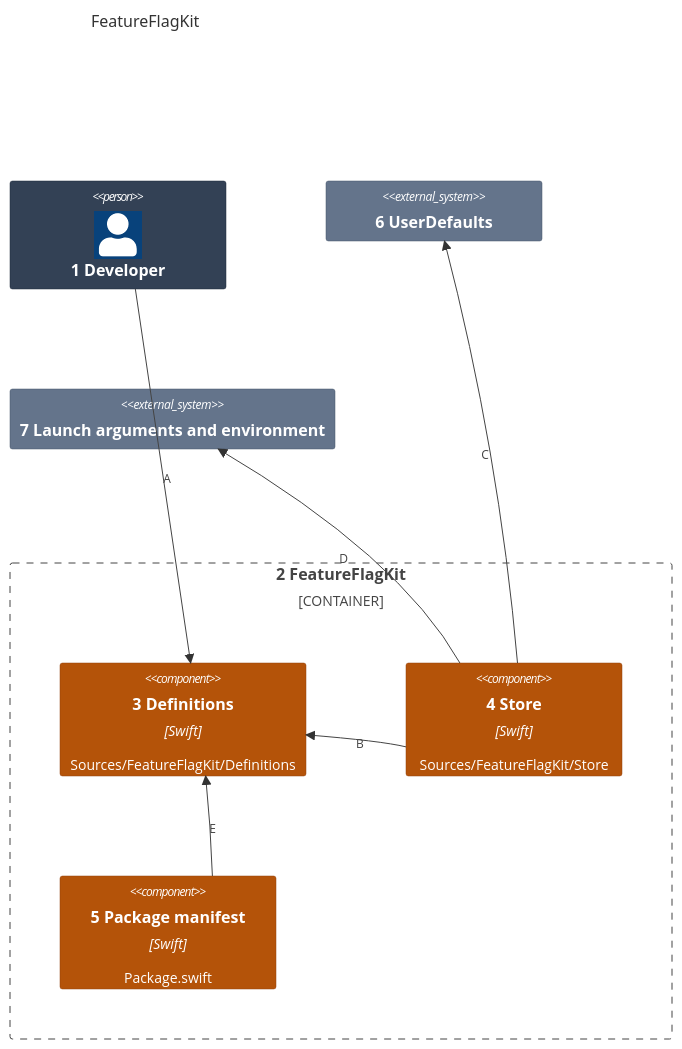
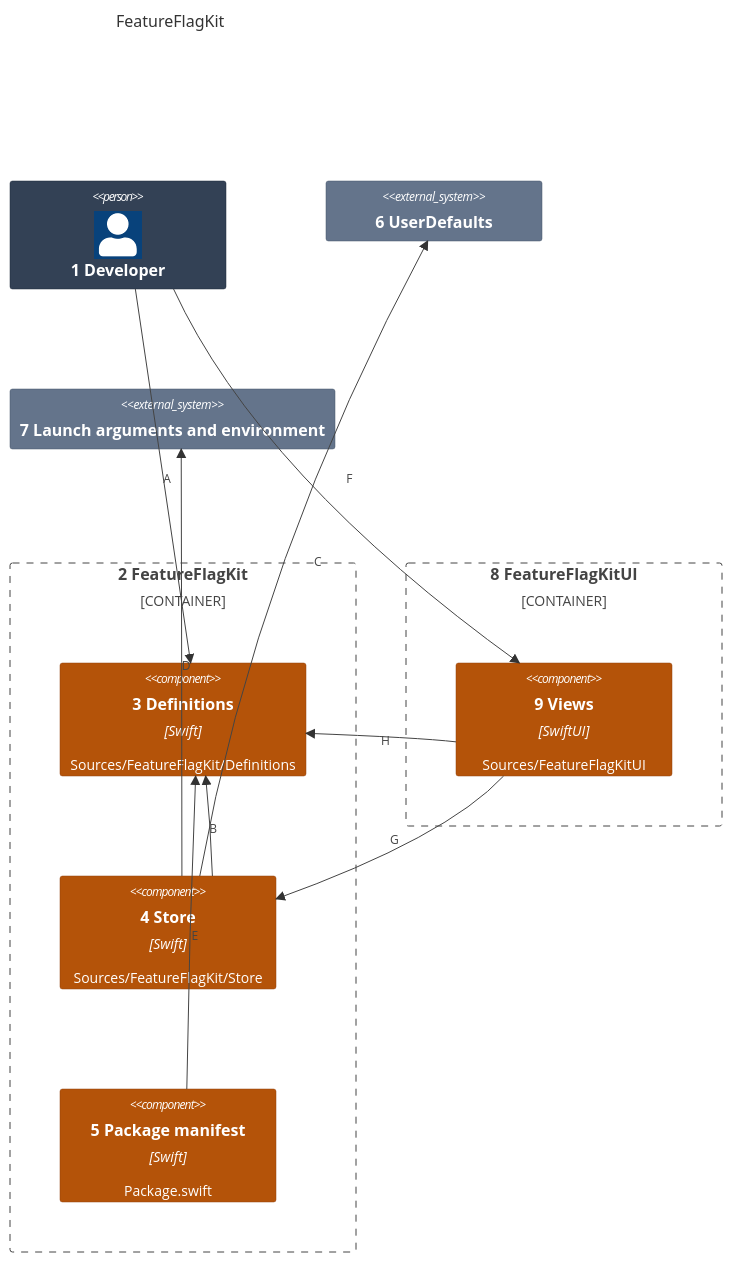
The first of 2 diagrams in docs/architecture/03-components.md (may-journal/feature-flag-kit), drawn with Mermaid before and after one commit. The commit also changed other lines of this file and 19 other files, not shown here.

First line of the commit message:
feat(ui): SwiftUI flag wrapper and debug screen

````diff
--- a/docs/architecture/03-components.md
+++ b/docs/architecture/03-components.md
@@ -5,28 +5,36 @@
 ```mermaid
 C4Component
     title FeatureFlagKit
 
     Person(developer, "1 Developer")
 
     Container_Boundary(core, "2 FeatureFlagKit") {
         Component(definitions, "3 Definitions", "Swift", "Sources/FeatureFlagKit/Definitions")
         Component(store, "4 Store", "Swift", "Sources/FeatureFlagKit/Store")
         Component(manifest, "5 Package manifest", "Swift", "Package.swift")
     }
 
+    Container_Boundary(ui, "8 FeatureFlagKitUI") {
+        Component(views, "9 Views", "SwiftUI", "Sources/FeatureFlagKitUI")
+    }
+
     System_Ext(defaults, "6 UserDefaults")
     System_Ext(process, "7 Launch arguments and environment")
 
     Rel(developer, definitions, "A")
     Rel(store, definitions, "B")
     Rel(store, defaults, "C")
     Rel(store, process, "D")
     Rel(manifest, definitions, "E")
+    Rel(developer, views, "F")
+    Rel(views, store, "G")
+    Rel(views, definitions, "H")
 
     UpdateElementStyle(developer, $bgColor="#334155", $borderColor="#1e293b", $fontColor="#ffffff")
     UpdateElementStyle(definitions, $bgColor="#b45309", $borderColor="#92400e", $fontColor="#ffffff")
     UpdateElementStyle(store, $bgColor="#b45309", $borderColor="#92400e", $fontColor="#ffffff")
     UpdateElementStyle(manifest, $bgColor="#b45309", $borderColor="#92400e", $fontColor="#ffffff")
+    UpdateElementStyle(views, $bgColor="#b45309", $borderColor="#92400e", $fontColor="#ffffff")
     UpdateElementStyle(defaults, $bgColor="#64748b", $borderColor="#475569", $fontColor="#ffffff")
     UpdateElementStyle(process, $bgColor="#64748b", $borderColor="#475569", $fontColor="#ffffff")
 ```
````
